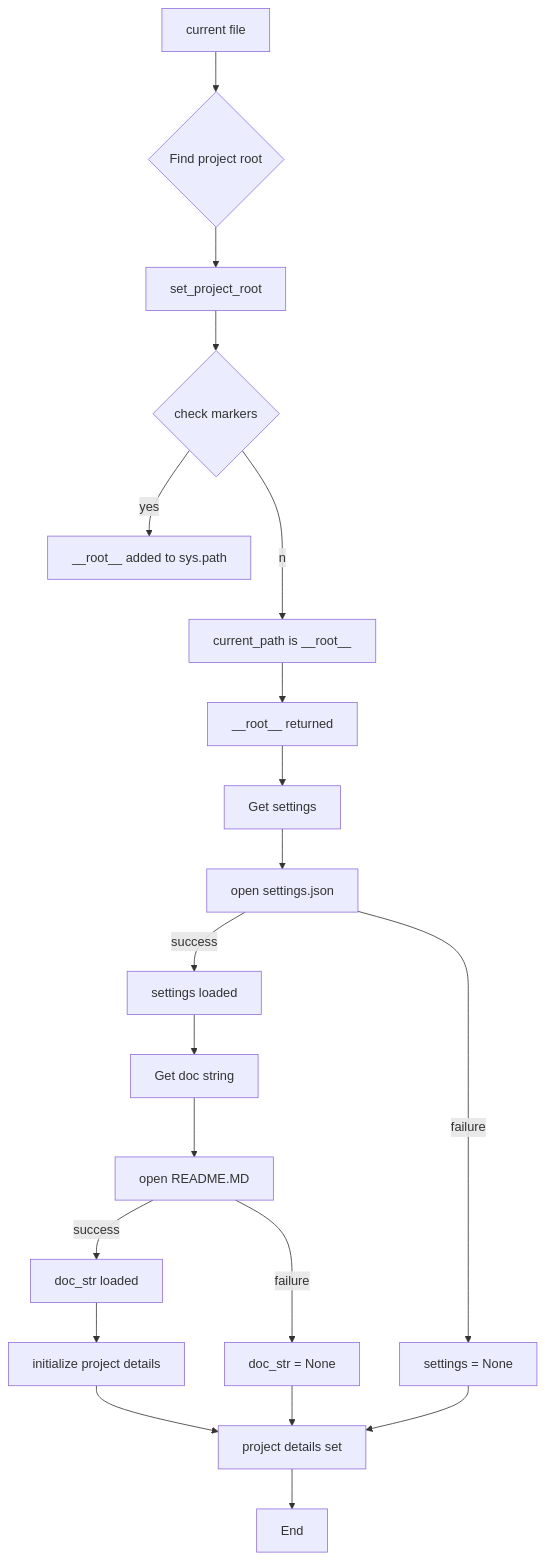
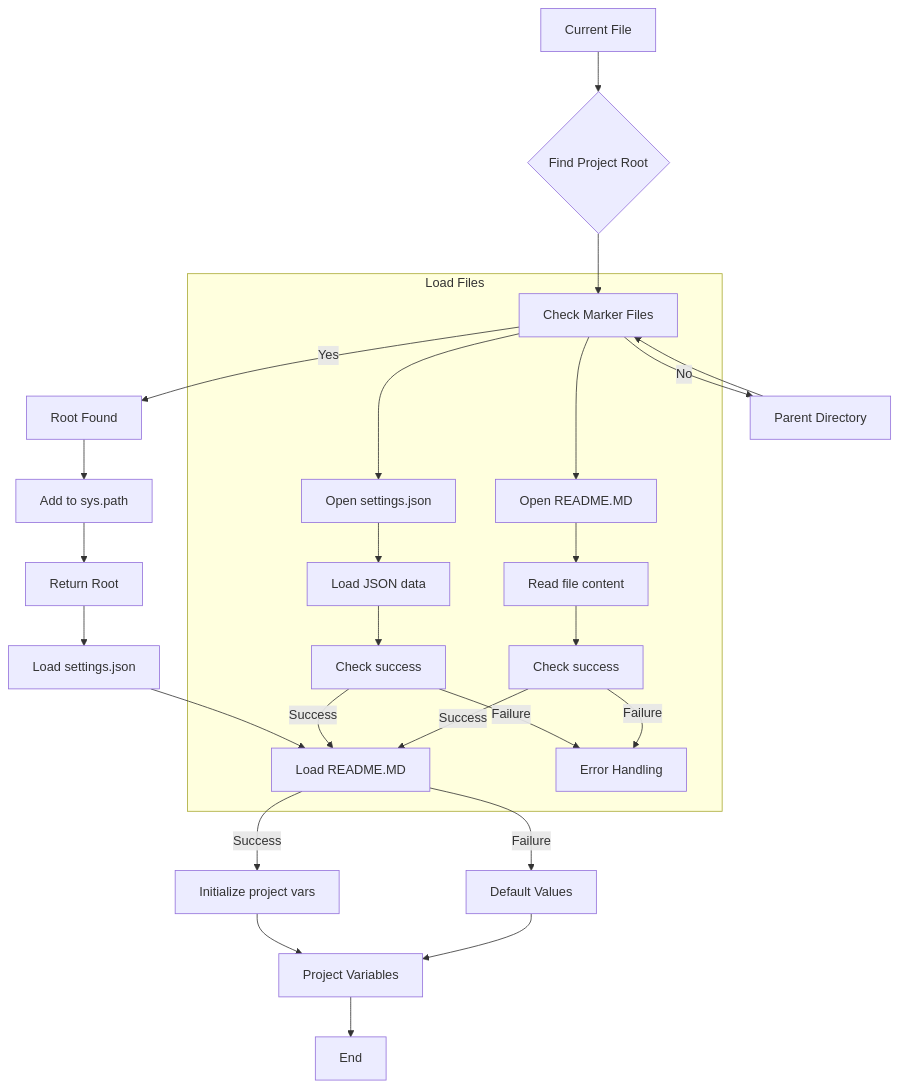
Before and after one commit to hypo69/hypo: the first of 2 diagrams in docs/gemini/en/explainer/src/logger/header.md, drawn with Mermaid. The commit also changed other lines of this file and 4689 other files, not shown here.

````diff
--- a/docs/gemini/en/explainer/src/logger/header.md
+++ b/docs/gemini/en/explainer/src/logger/header.md
@@ -84,22 +82,30 @@
 ```mermaid
 graph TD
-    A[current file] --> B{Find project root};
-    B --> C[set_project_root];
-    C --> D{check markers};
-    D --yes--> E[__root__ added to sys.path];
-    D --no--> F[current_path is __root__];
-    F --> G[__root__ returned];
-    G --> H[Get settings];
-    H --> I[open settings.json];
-    I --success--> J[settings loaded];
-    I --failure--> K[settings = None];
-    J --> L[Get doc string];
-    L --> M[open README.MD];
-    M --success--> N[doc_str loaded];
-    M --failure--> O[doc_str = None];
-    N --> P[initialize project details];
-    P --> Q[project details set];
-    K --> Q;
-    O --> Q;
-    Q --> R[End];
+    A[Current File] --> B{Find Project Root};
+    B --> C[Check Marker Files];
+    C -- Yes --> D[Root Found];
+    C -- No --> E[Parent Directory];
+    D --> F[Add to sys.path];
+    F --> G[Return Root];
+    E --> C;
+    G --> H[Load settings.json];
+    H --> I[Load README.MD];
+    I -- Success --> J[Initialize project vars];
+    I -- Failure --> K[Default Values];
+    J --> L[Project Variables];
+    K --> L;
+    L --> M[End];
+
+subgraph Load Files
+    C --> C1[Open settings.json];
+    C1 --> C2[Load JSON data];
+    C2 --> C3[Check success];
+    C3 -- Success --> I;
+    C3 -- Failure --> X[Error Handling];
+    C --> C4[Open README.MD];
+    C4 --> C5[Read file content];
+    C5 --> C6[Check success];
+    C6 -- Success --> I;
+    C6 -- Failure --> X[Error Handling];
+end
 ```
````
